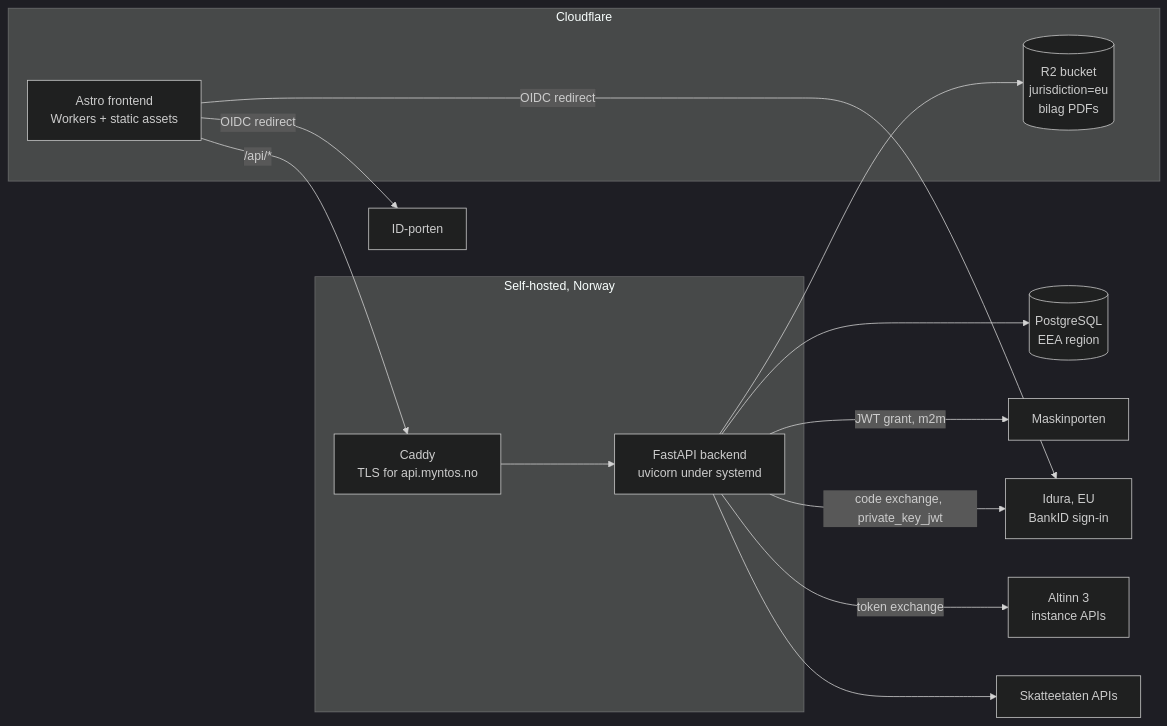
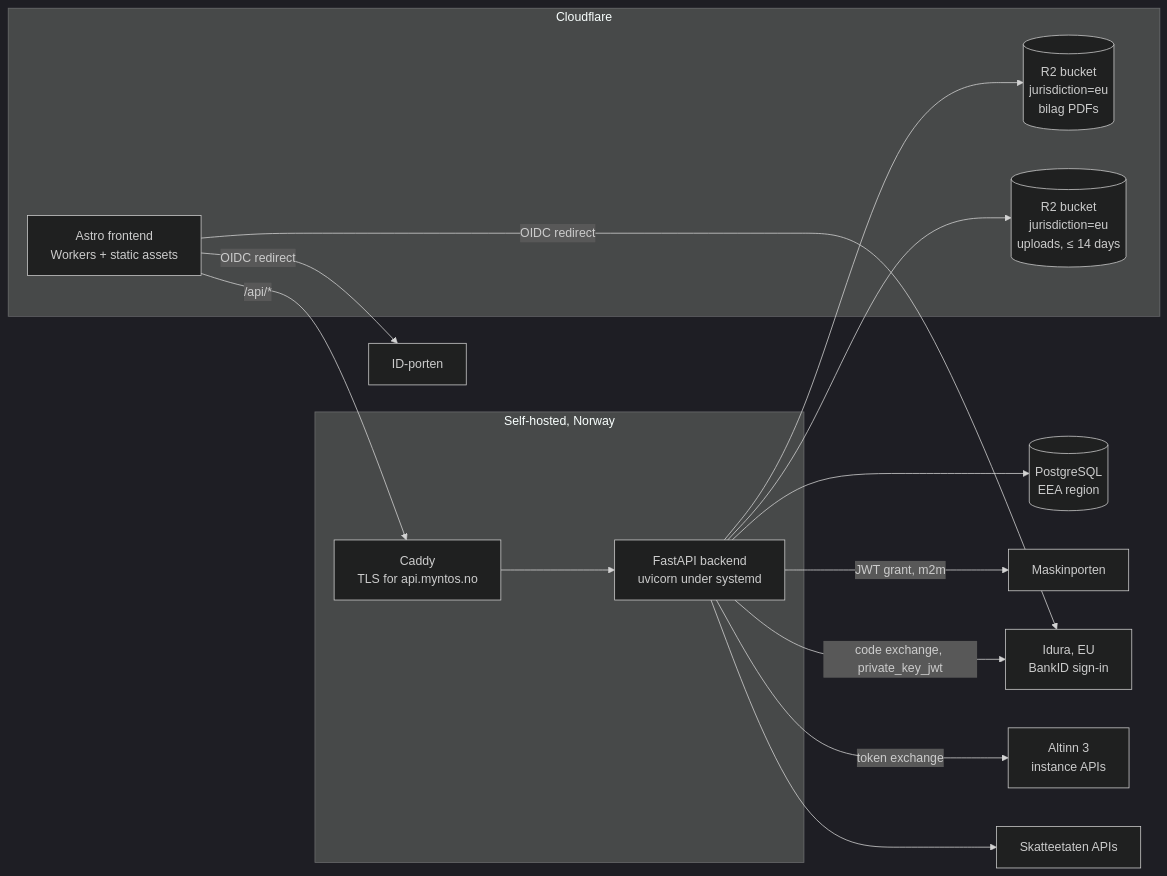
Before and after one commit to andreasviner/myntos: the diagram in docs/ARCHITECTURE.md, drawn with Mermaid (dark theme). The commit also changed other lines of this file and 82 other files, not shown here.

````diff
--- a/docs/ARCHITECTURE.md
+++ b/docs/ARCHITECTURE.md
@@ -9,28 +9,30 @@
 ```mermaid
 flowchart LR
     subgraph Cloudflare
         FE[Astro frontend<br/>Workers + static assets]
         R2[(R2 bucket<br/>jurisdiction=eu<br/>bilag PDFs)]
+        R2W[(R2 bucket<br/>jurisdiction=eu<br/>uploads, ≤ 14 days)]
     end
     subgraph "Self-hosted, Norway"
         CADDY[Caddy<br/>TLS for api.myntos.no]
         BE[FastAPI backend<br/>uvicorn under systemd]
     end
     PG[(PostgreSQL<br/>EEA region)]
     MP[Maskinporten]
     IDP[ID-porten]
     IDURA[Idura, EU<br/>BankID sign-in]
     ALT[Altinn 3<br/>instance APIs]
     SKE[Skatteetaten APIs]
 
     FE -->|/api/*| CADDY
     CADDY --> BE
     BE --> PG
     BE --> R2
+    BE --> R2W
     BE -->|JWT grant, m2m| MP
     FE -->|OIDC redirect| IDP
     FE -->|OIDC redirect| IDURA
     BE -->|code exchange, private_key_jwt| IDURA
     BE -->|token exchange| ALT
     BE --> SKE
 ```
````
